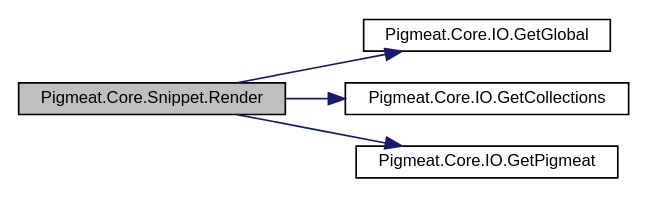
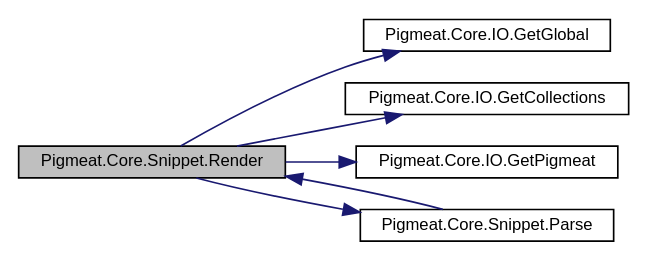
Before and after one commit to milovidov983/Pigmeat: the diagram in class_pigmeat_1_1_core_1_1_snippet_ac3dd182d3699b9997372e1baa768de2b_cgraph.dot, drawn with Graphviz. The commit also changed 35 other files, not shown here.

```diff
--- a/class_pigmeat_1_1_core_1_1_snippet_ac3dd182d3699b9997372e1baa768de2b_cgraph.dot
+++ b/class_pigmeat_1_1_core_1_1_snippet_ac3dd182d3699b9997372e1baa768de2b_cgraph.dot
@@ -1,13 +1,16 @@
 digraph "Pigmeat.Core.Snippet.Render"
 {
   edge [fontname="Helvetica",fontsize="10",labelfontname="Helvetica",labelfontsize="10"];
   node [fontname="Helvetica",fontsize="10",shape=record];
   rankdir="LR";
-  Node14 [label="Pigmeat.Core.Snippet.Render",height=0.2,width=0.4,color="black", fillcolor="grey75", style="filled", fontcolor="black"];
-  Node14 -> Node15 [color="midnightblue",fontsize="10",style="solid",fontname="Helvetica"];
-  Node15 [label="Pigmeat.Core.IO.GetGlobal",height=0.2,width=0.4,color="black", fillcolor="white", style="filled",URL="$class_pigmeat_1_1_core_1_1_i_o.html#a8f84ec34a489ed4c83089b16308ddc7f",tooltip="Get file representing project&#39;s Global context "];
-  Node14 -> Node16 [color="midnightblue",fontsize="10",style="solid",fontname="Helvetica"];
-  Node16 [label="Pigmeat.Core.IO.GetCollections",height=0.2,width=0.4,color="black", fillcolor="white", style="filled",URL="$class_pigmeat_1_1_core_1_1_i_o.html#a95f27be3fb9f5fd7e668f903c4e1cfb4",tooltip="Create a JObject to merge with the Global context containing each collection&#39;s collection.json data "];
-  Node14 -> Node17 [color="midnightblue",fontsize="10",style="solid",fontname="Helvetica"];
-  Node17 [label="Pigmeat.Core.IO.GetPigmeat",height=0.2,width=0.4,color="black", fillcolor="white", style="filled",URL="$class_pigmeat_1_1_core_1_1_i_o.html#ab52a010415630b7063180fd58759eab3",tooltip="Get JObject representing project&#39;s Pigmeat context "];
+  Node15 [label="Pigmeat.Core.Snippet.Render",height=0.2,width=0.4,color="black", fillcolor="grey75", style="filled", fontcolor="black"];
+  Node15 -> Node16 [color="midnightblue",fontsize="10",style="solid",fontname="Helvetica"];
+  Node16 [label="Pigmeat.Core.IO.GetGlobal",height=0.2,width=0.4,color="black", fillcolor="white", style="filled",URL="$class_pigmeat_1_1_core_1_1_i_o.html#a8f84ec34a489ed4c83089b16308ddc7f",tooltip="Get file representing project&#39;s Global context "];
+  Node15 -> Node17 [color="midnightblue",fontsize="10",style="solid",fontname="Helvetica"];
+  Node17 [label="Pigmeat.Core.IO.GetCollections",height=0.2,width=0.4,color="black", fillcolor="white", style="filled",URL="$class_pigmeat_1_1_core_1_1_i_o.html#a95f27be3fb9f5fd7e668f903c4e1cfb4",tooltip="Create a JObject to merge with the Global context containing each collection&#39;s collection.json data "];
+  Node15 -> Node18 [color="midnightblue",fontsize="10",style="solid",fontname="Helvetica"];
+  Node18 [label="Pigmeat.Core.IO.GetPigmeat",height=0.2,width=0.4,color="black", fillcolor="white", style="filled",URL="$class_pigmeat_1_1_core_1_1_i_o.html#ab52a010415630b7063180fd58759eab3",tooltip="Get JObject representing project&#39;s Pigmeat context "];
+  Node15 -> Node19 [color="midnightblue",fontsize="10",style="solid",fontname="Helvetica"];
+  Node19 [label="Pigmeat.Core.Snippet.Parse",height=0.2,width=0.4,color="black", fillcolor="white", style="filled",URL="$class_pigmeat_1_1_core_1_1_snippet.html#a54ea5e1d3a8cd6308a1b1c9f01457146",tooltip="Parses through each {! snippet !} call in a page and evaluates them "];
+  Node19 -> Node15 [color="midnightblue",fontsize="10",style="solid",fontname="Helvetica"];
 }
```
